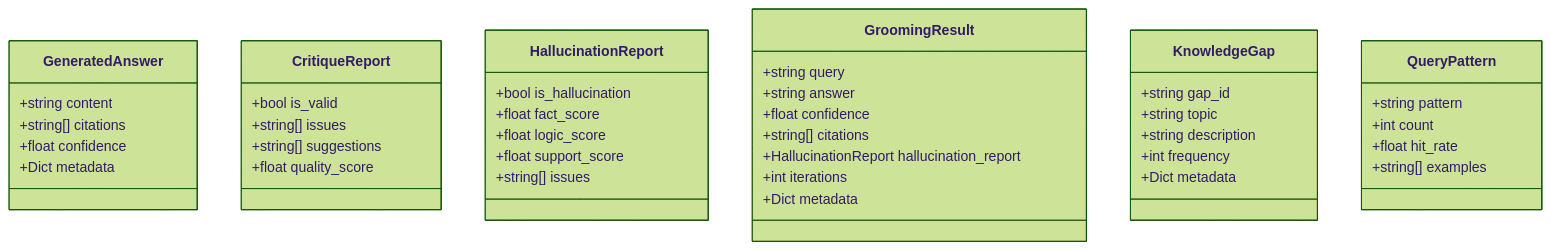
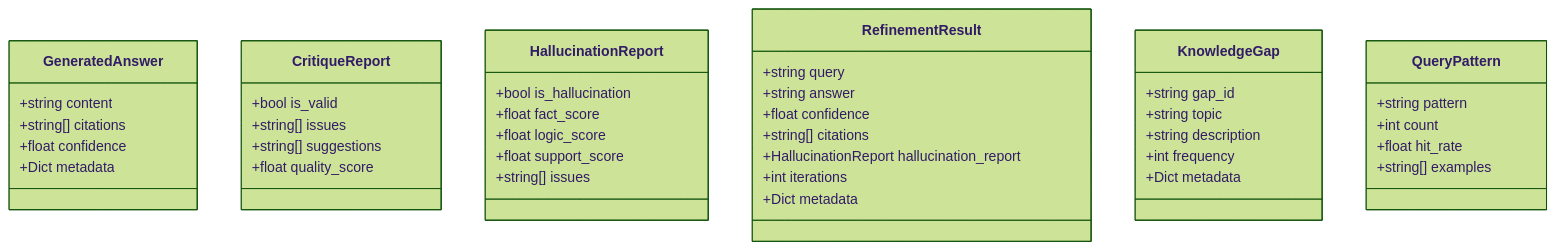
One commit to JieGaoPrinceton/NecoRAG changed the tenth of 11 diagrams in .qoder/repowiki/zh/content/核心模块详解/Grooming Agent - 巩固层/Grooming Agent - 巩固层.md. Above: the diagram before and after it, drawn with Mermaid (forest theme). The commit also changed other lines of this file and 23 other files, not shown here.

````diff
--- a/.qoder/repowiki/zh/content/核心模块详解/Grooming Agent - 巩固层/Grooming Agent - 巩固层.md
+++ b/.qoder/repowiki/zh/content/核心模块详解/Grooming Agent - 巩固层/Grooming Agent - 巩固层.md
@@ -364,44 +366,44 @@
 ```mermaid
 classDiagram
 class GeneratedAnswer {
 +string content
 +string[] citations
 +float confidence
 +Dict metadata
 }
 class CritiqueReport {
 +bool is_valid
 +string[] issues
 +string[] suggestions
 +float quality_score
 }
 class HallucinationReport {
 +bool is_hallucination
 +float fact_score
 +float logic_score
 +float support_score
 +string[] issues
 }
-class GroomingResult {
+class RefinementResult {
 +string query
 +string answer
 +float confidence
 +string[] citations
 +HallucinationReport hallucination_report
 +int iterations
 +Dict metadata
 }
 class KnowledgeGap {
 +string gap_id
 +string topic
 +string description
 +int frequency
 +Dict metadata
 }
 class QueryPattern {
 +string pattern
 +int count
 +float hit_rate
 +string[] examples
 }
 ```
````
